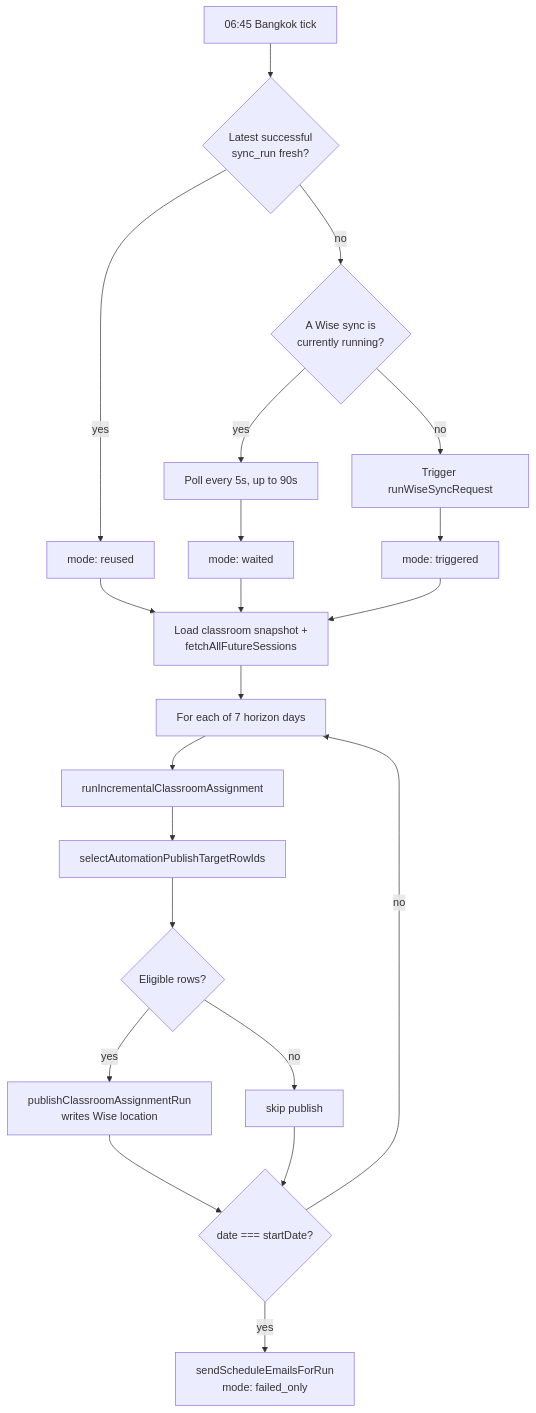
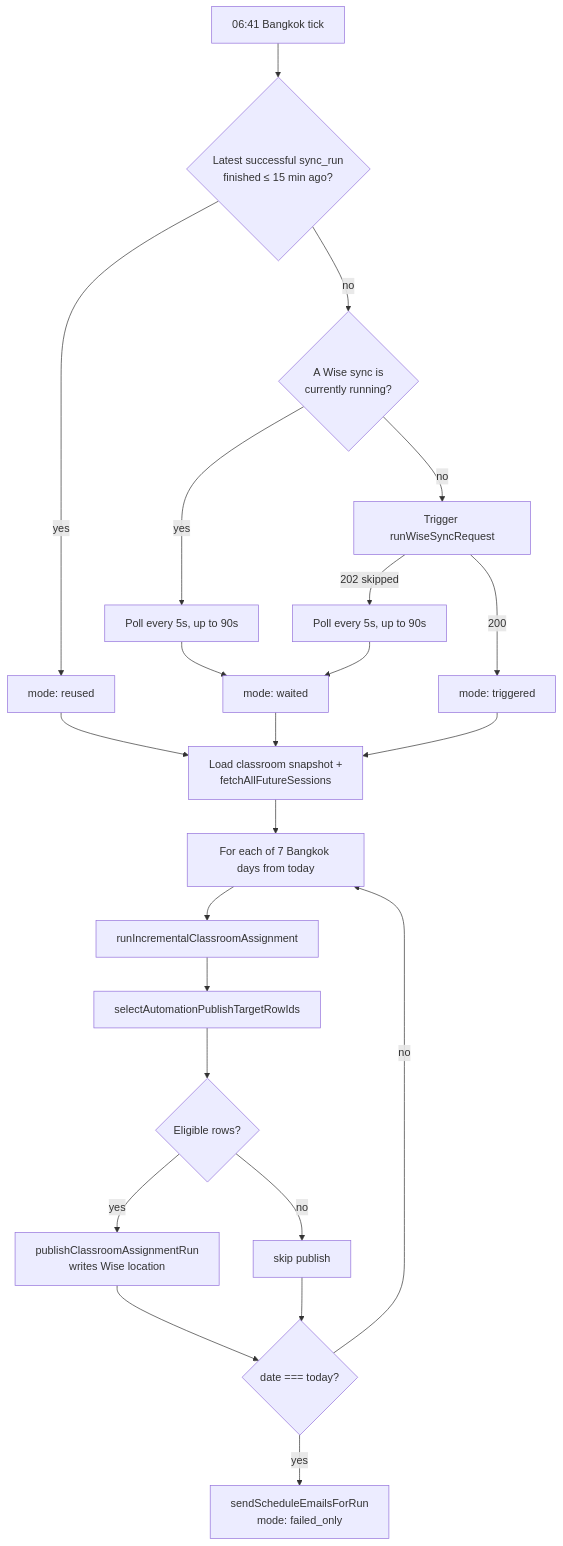
One commit to kasheesh711/bgscheduler changed the fifth of 5 diagrams in docs/reference/crons.md. Above: the diagram before and after it, drawn with Mermaid. The commit also changed other lines of this file and 95 other files, not shown here.

````diff
--- a/docs/reference/crons.md
+++ b/docs/reference/crons.md
@@ -338,23 +444,25 @@
 ```mermaid
 flowchart TD
-    A["06:45 Bangkok tick"] --> B{"Latest successful<br/>sync_run fresh?"}
+    A["06:41 Bangkok tick"] --> B{"Latest successful sync_run<br/>finished ≤ 15 min ago?"}
     B -- yes --> E["mode: reused"]
     B -- no --> C{"A Wise sync is<br/>currently running?"}
     C -- yes --> D["Poll every 5s, up to 90s"]
     D --> E2["mode: waited"]
     C -- no --> F["Trigger runWiseSyncRequest"]
-    F --> E3["mode: triggered"]
+    F -- 202 skipped --> D2["Poll every 5s, up to 90s"]
+    D2 --> E2
+    F -- 200 --> E3["mode: triggered"]
     E --> G["Load classroom snapshot +<br/>fetchAllFutureSessions"]
     E2 --> G
     E3 --> G
-    G --> H["For each of 7 horizon days"]
+    G --> H["For each of 7 Bangkok days from today"]
     H --> I["runIncrementalClassroomAssignment"]
     I --> J["selectAutomationPublishTargetRowIds"]
     J --> K{"Eligible rows?"}
     K -- yes --> L["publishClassroomAssignmentRun<br/>writes Wise location"]
     K -- no --> M["skip publish"]
-    L --> N{"date === startDate?"}
+    L --> N{"date === today?"}
     M --> N
     N -- yes --> O["sendScheduleEmailsForRun<br/>mode: failed_only"]
     N -- no --> H
 ```
````
